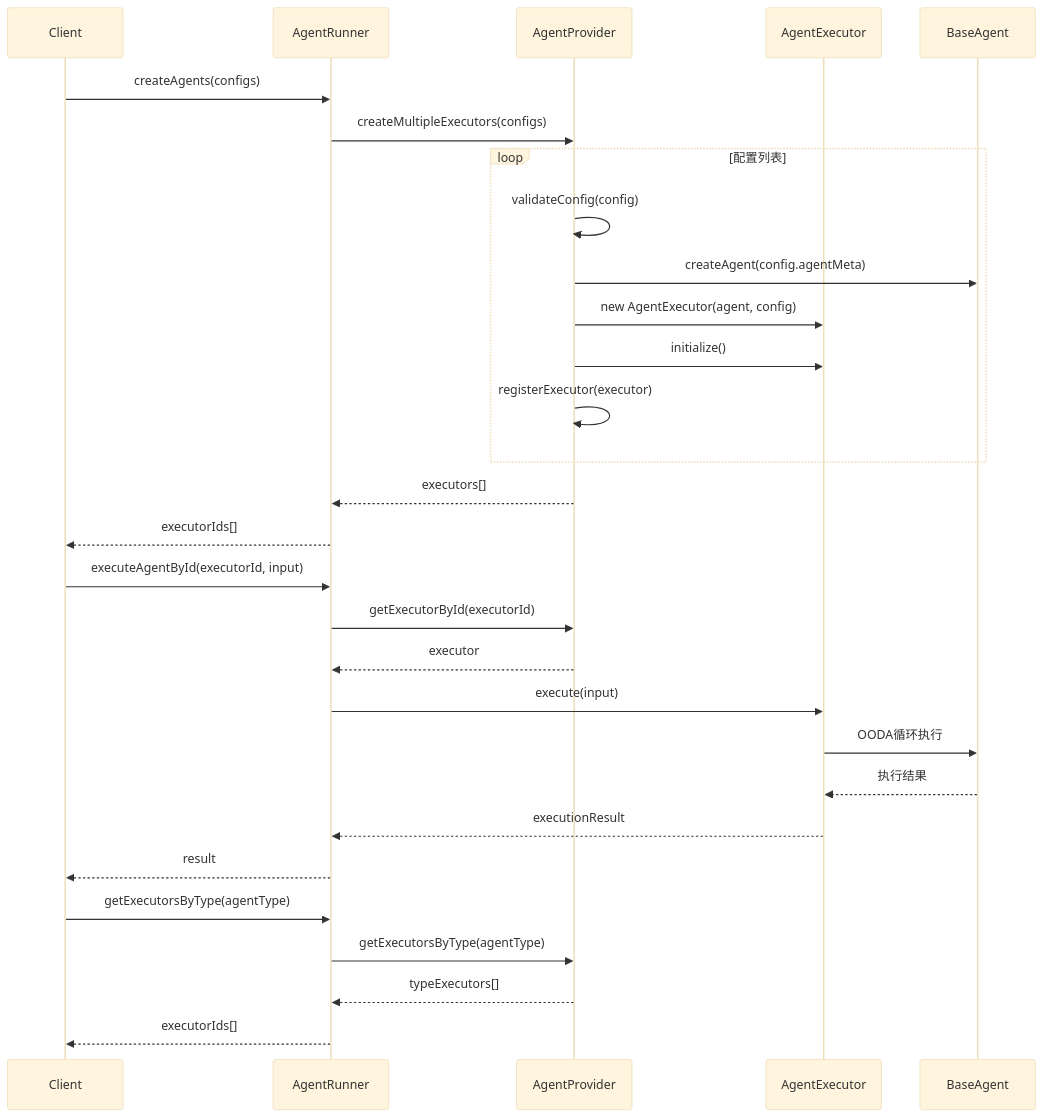
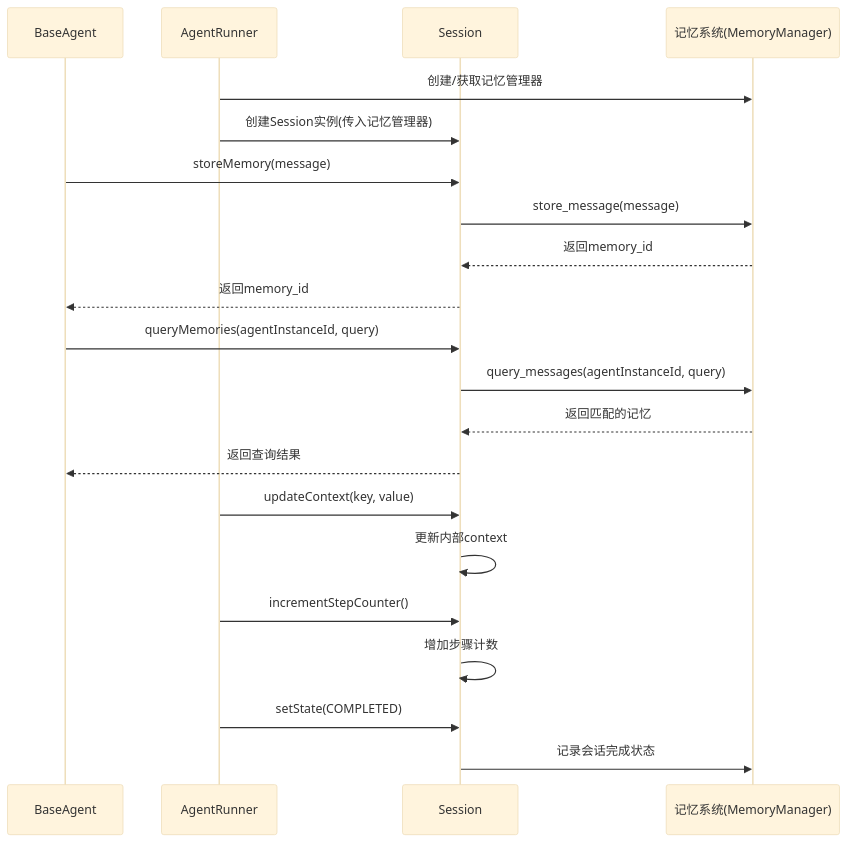
The diagram in all/未命名-3.md (DDtoma/iodraw-files), drawn with Mermaid (base theme) before and after one commit.

Commit message:
2025-03-12 16:16:36 update

````diff
--- a/all/未命名-3.md
+++ b/all/未命名-3.md
@@ -1,39 +1,35 @@
 ```mermaid
 sequenceDiagram
-    participant Client
+    participant Agent as BaseAgent
     participant Runner as AgentRunner
-    participant Provider as AgentProvider
-    participant Executor as AgentExecutor
-    participant Agent as BaseAgent
+    participant Session
+    participant Memory as 记忆系统(MemoryManager)
     
-    %% 创建多个代理实例
-    Client->>Runner: createAgents(configs)
-    Runner->>Provider: createMultipleExecutors(configs)
+    %% 初始化
+    Runner->>Memory: 创建/获取记忆管理器
+    Runner->>Session: 创建Session实例(传入记忆管理器)
     
-    loop 配置列表
-        Provider->>Provider: validateConfig(config)
-        Provider->>Agent: createAgent(config.agentMeta)
-        Provider->>Executor: new AgentExecutor(agent, config)
-        Provider->>Executor: initialize()
-        Provider->>Provider: registerExecutor(executor)
-    end
+    %% 记忆操作流程
+    Agent->>Session: storeMemory(message)
+    Session->>Memory: store_message(message)
+    Memory-->>Session: 返回memory_id
+    Session-->>Agent: 返回memory_id
     
-    Provider-->>Runner: executors[]
-    Runner-->>Client: executorIds[]
+    %% 记忆查询流程
+    Agent->>Session: queryMemories(agentInstanceId, query)
+    Session->>Memory: query_messages(agentInstanceId, query)
+    Memory-->>Session: 返回匹配的记忆
+    Session-->>Agent: 返回查询结果
     
-    %% 使用特定代理
-    Client->>Runner: executeAgentById(executorId, input)
-    Runner->>Provider: getExecutorById(executorId)
-    Provider-->>Runner: executor
-    Runner->>Executor: execute(input)
-    Executor->>Agent: OODA循环执行
-    Agent-->>Executor: 执行结果
-    Executor-->>Runner: executionResult
-    Runner-->>Client: result
+    %% 会话上下文更新
+    Runner->>Session: updateContext(key, value)
+    Session->>Session: 更新内部context
     
-    %% 按类型获取代理
-    Client->>Runner: getExecutorsByType(agentType)
-    Runner->>Provider: getExecutorsByType(agentType)
-    Provider-->>Runner: typeExecutors[]
-    Runner-->>Client: executorIds[]
+    %% 步骤计数
+    Runner->>Session: incrementStepCounter()
+    Session->>Session: 增加步骤计数
+    
+    %% 会话结束
+    Runner->>Session: setState(COMPLETED)
+    Session->>Memory: 记录会话完成状态
 ```
````
